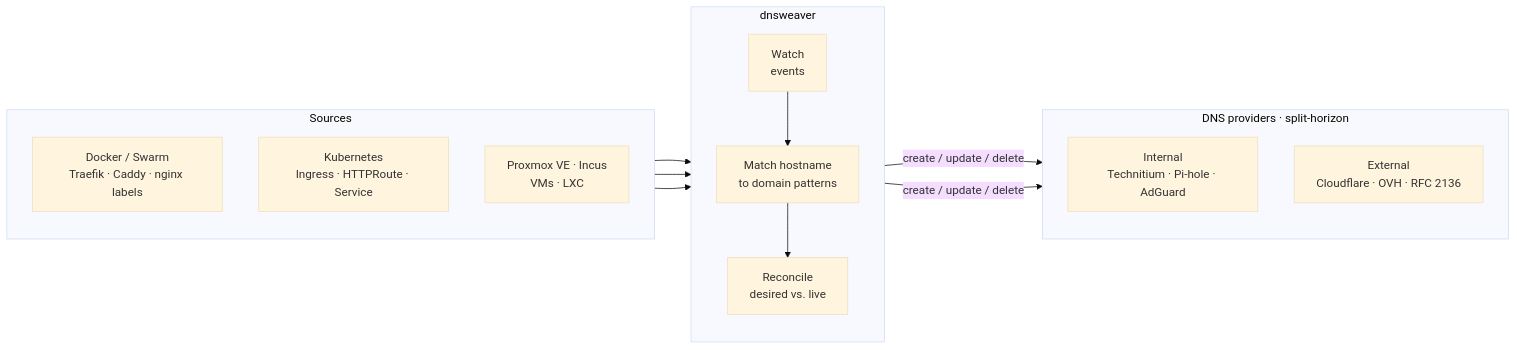
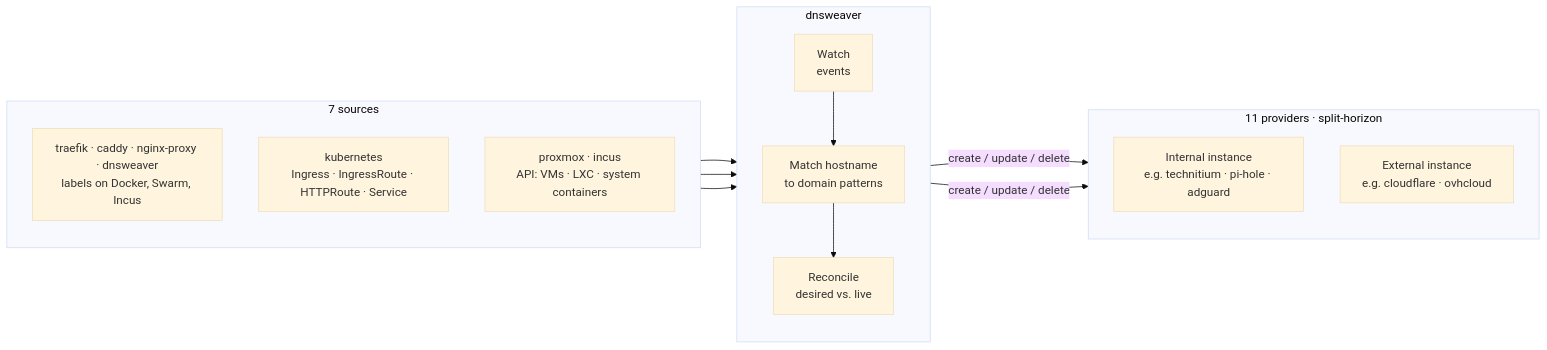
The diagram in README.md (maxfield-allison/dnsweaver), drawn with Mermaid (base theme) before and after one commit. The commit also changed other lines of this file and 47 other files, not shown here.

````diff
--- a/README.md
+++ b/README.md
@@ -100,26 +114,26 @@
 ```mermaid
 flowchart LR
-    subgraph sources["Sources"]
+    subgraph sources["7 sources"]
         direction TB
-        A["Docker / Swarm<br/>Traefik · Caddy · nginx labels"]
-        D["Kubernetes<br/>Ingress · HTTPRoute · Service"]
-        P["Proxmox VE · Incus<br/>VMs · LXC"]
+        A["traefik · caddy · nginx-proxy · dnsweaver<br/>labels on Docker, Swarm, Incus"]
+        D["kubernetes<br/>Ingress · IngressRoute · HTTPRoute · Service"]
+        P["proxmox · incus<br/>API: VMs · LXC · system containers"]
     end
 
     subgraph engine["dnsweaver"]
         direction TB
         W["Watch<br/>events"] --> M["Match hostname<br/>to domain patterns"] --> R["Reconcile<br/>desired vs. live"]
     end
 
-    subgraph providers["DNS providers · split-horizon"]
+    subgraph providers["11 providers · split-horizon"]
         direction TB
-        INT["Internal<br/>Technitium · Pi-hole · AdGuard"]
-        EXT["External<br/>Cloudflare · OVH · RFC 2136"]
+        INT["Internal instance<br/>e.g. technitium · pi-hole · adguard"]
+        EXT["External instance<br/>e.g. cloudflare · ovhcloud"]
     end
 
     A --> W
     D --> W
     P --> W
     R -->|create / update / delete| INT
     R -->|create / update / delete| EXT
 ```
````
